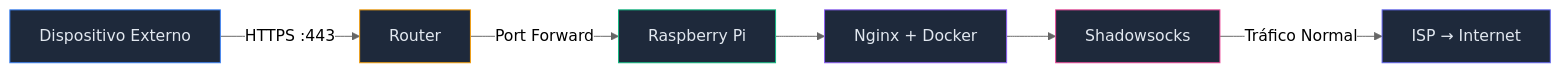
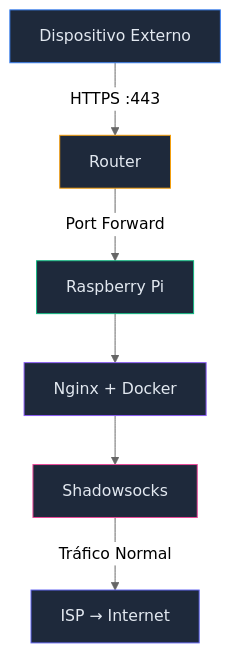
One commit to JFCaBa/shadowsocks-website changed the diagram in content/es/guides/raspberry-pi.md. Above: the diagram before and after it, drawn with Mermaid (neutral theme). The commit also changed 9 other files, not shown here.

First line of the commit message:
fix: enlarge Mermaid diagrams - switch to top-down layout

```diff
--- a/content/es/guides/raspberry-pi.md
+++ b/content/es/guides/raspberry-pi.md
@@ -37,14 +37,14 @@
 {{< mermaid >}}
-graph LR
+graph TD
     A["Dispositivo Externo"] -->|"HTTPS :443"| B["Router"]
     B -->|"Port Forward"| C["Raspberry Pi"]
     C --> D["Nginx + Docker"]
     D --> E["Shadowsocks"]
     E -->|"Tráfico Normal"| F["ISP → Internet"]
     style A fill:#1e293b,stroke:#3b82f6,color:#e2e8f0
     style B fill:#1e293b,stroke:#f59e0b,color:#e2e8f0
     style C fill:#1e293b,stroke:#10b981,color:#e2e8f0
     style D fill:#1e293b,stroke:#8b5cf6,color:#e2e8f0
     style E fill:#1e293b,stroke:#ec4899,color:#e2e8f0
     style F fill:#1e293b,stroke:#6366f1,color:#e2e8f0
 {{< /mermaid >}}
```
